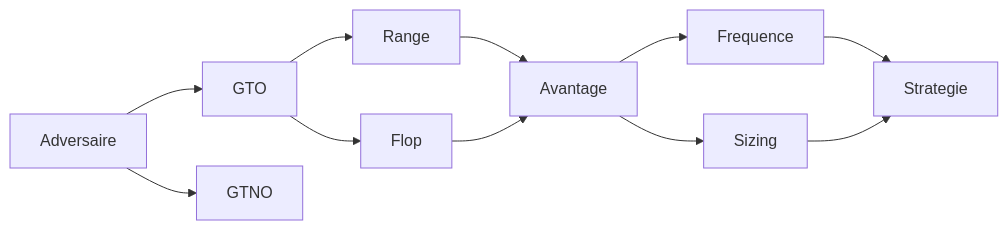
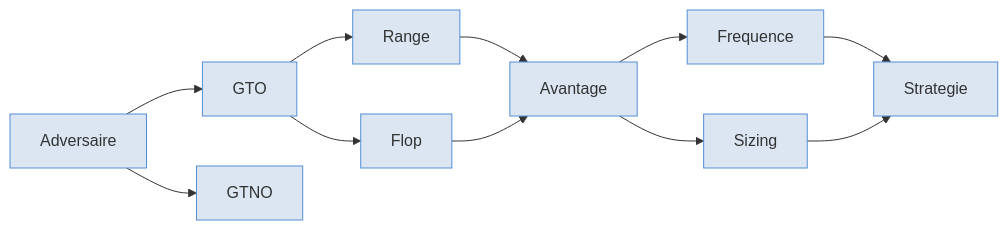
The first of 2 diagrams in _posts/2020-01-01-test.md (greglejeune/blog), drawn with Mermaid before and after one commit.

```diff
--- a/_posts/2020-01-01-test.md
+++ b/_posts/2020-01-01-test.md
@@ -16,14 +16,14 @@
     <div class="mermaid">
         graph LR
             Adversaire --> GTO
             Adversaire --> GTNO
             GTO --> Range
             GTO --> Flop
             Range --> Avantage
             Flop --> Avantage
             Avantage --> Frequence
             Avantage --> Sizing
             Frequence --> Strategie
             Sizing --> Strategie
-            style Adversaire fill:#dce6f2f;
+            classDef default fill:#dce6f2, stroke:#558ed5, text:#558ed5
     </div>
```
